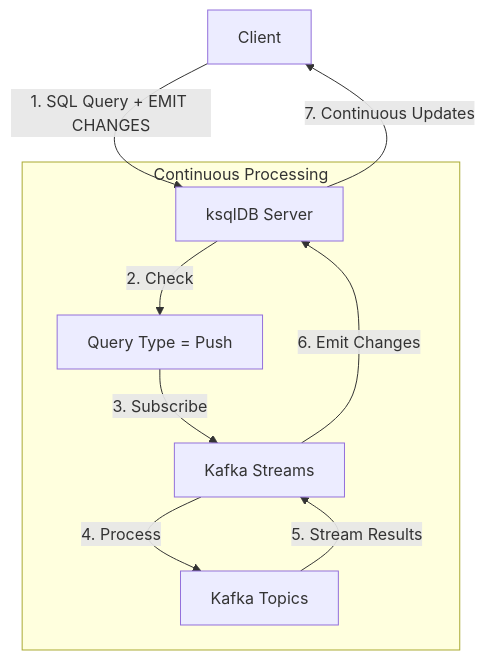
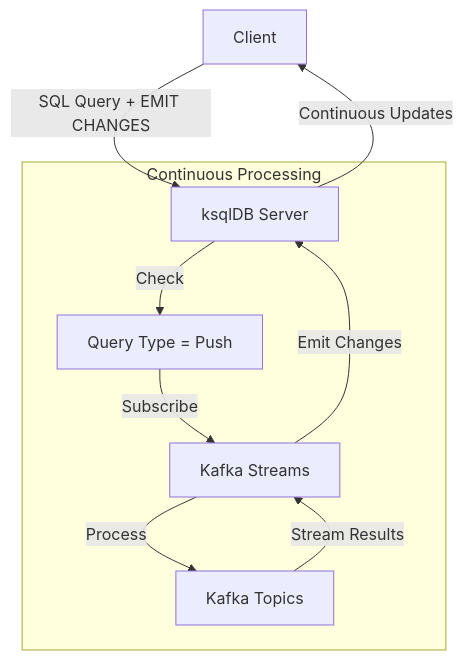
Before and after one commit to choesimin/choesimin.github.io: the second of 3 diagrams in collections/_skills/kafka/ksqldb/query.md, drawn with Mermaid. The commit also changed other lines of this file and 1 other file, not shown here.

````diff
--- a/collections/_skills/kafka/ksqldb/query.md
+++ b/collections/_skills/kafka/ksqldb/query.md
@@ -188,19 +188,19 @@
 ```mermaid
 flowchart TD
     client[Client]
 
     subgraph continuous_processing[Continuous Processing]
         server[ksqlDB Server]
         type_check[Query Type = Push]
         streams[Kafka Streams]
         topics[Kafka Topics]
     end
     
-    client -->|1. SQL Query + EMIT CHANGES| server
-    server -->|2. Check| type_check
-    type_check -->|3. Subscribe| streams
-    streams -->|4. Process| topics
-    topics -->|5. Stream Results| streams
-    streams -->|6. Emit Changes| server
-    server -->|7. Continuous Updates| client
+    client -->|SQL Query + EMIT CHANGES| server
+    server -->|Check| type_check
+    type_check -->|Subscribe| streams
+    streams -->|Process| topics
+    topics -->|Stream Results| streams
+    streams -->|Emit Changes| server
+    server -->|Continuous Updates| client
 ```
````
